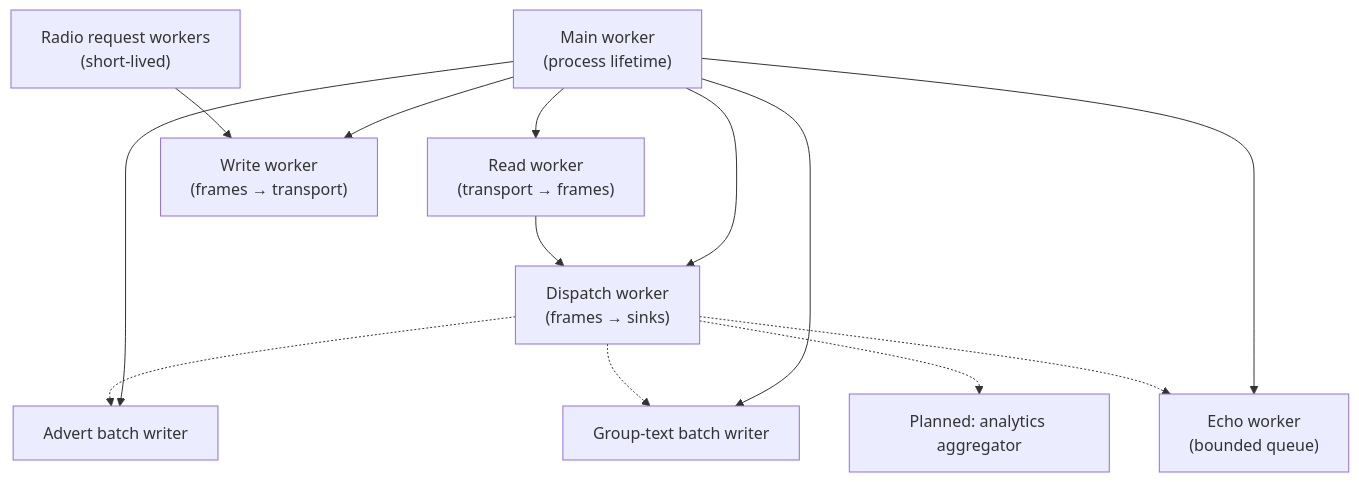
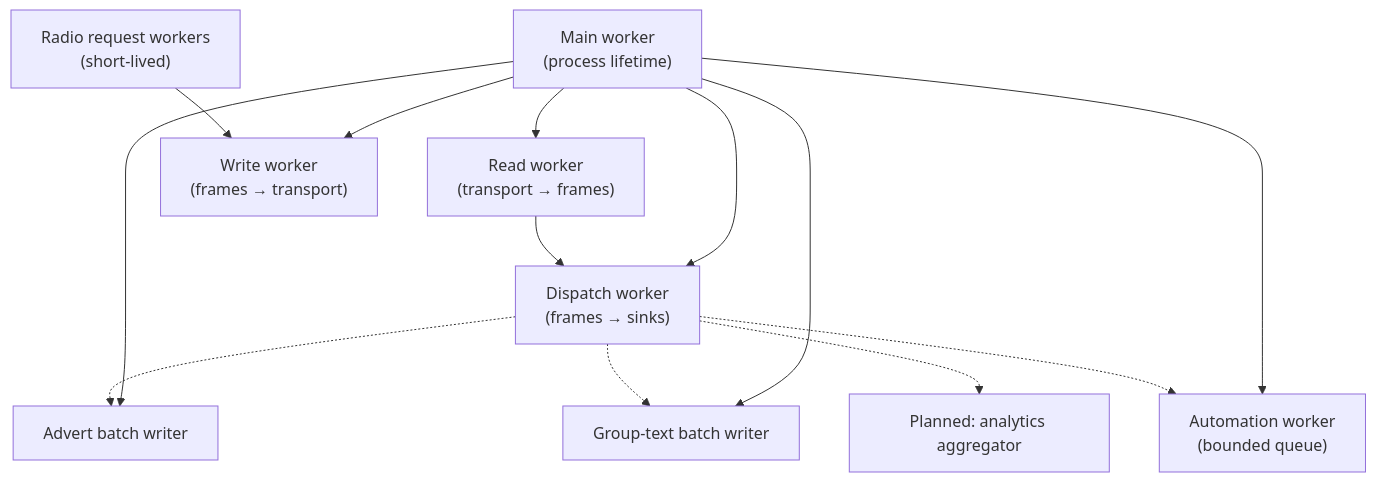
Before and after one commit to MauriceKremer/kam: the fourth of 17 diagrams in docs/DESIGN.md, drawn with Mermaid. The commit also changed other lines of this file and 80 other files, not shown here.

````diff
--- a/docs/DESIGN.md
+++ b/docs/DESIGN.md
@@ -187,25 +202,25 @@
 ```mermaid
 flowchart TD
     Main["Main worker<br/>(process lifetime)"]
     Read["Read worker<br/>(transport → frames)"]
     Write["Write worker<br/>(frames → transport)"]
     Route["Dispatch worker<br/>(frames → sinks)"]
     AdvertWriter["Advert batch writer"]
     GtWriter["Group-text batch writer"]
-    EchoWorker["Echo worker<br/>(bounded queue)"]
+    AutomationWorker["Automation worker<br/>(bounded queue)"]
     Analytics["Planned: analytics aggregator"]
     Req["Radio request workers<br/>(short-lived)"]
 
     Main --> Read
     Main --> Write
     Main --> Route
     Main --> AdvertWriter
     Main --> GtWriter
-    Main --> EchoWorker
+    Main --> AutomationWorker
     Route -.-> AdvertWriter
     Route -.-> GtWriter
-    Route -.-> EchoWorker
+    Route -.-> AutomationWorker
     Route -.-> Analytics
     Req --> Write
     Read --> Route
 ```
````
